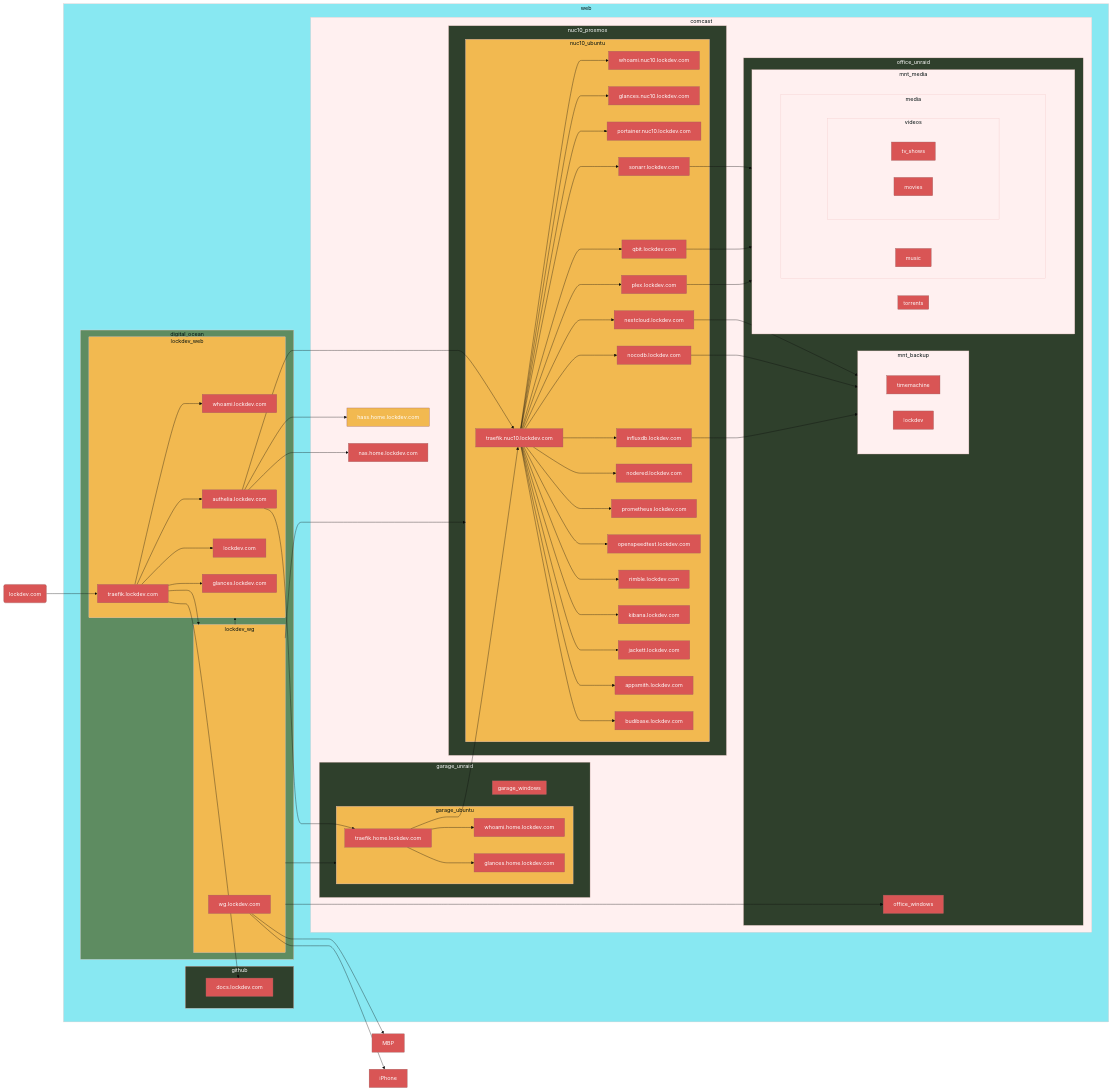
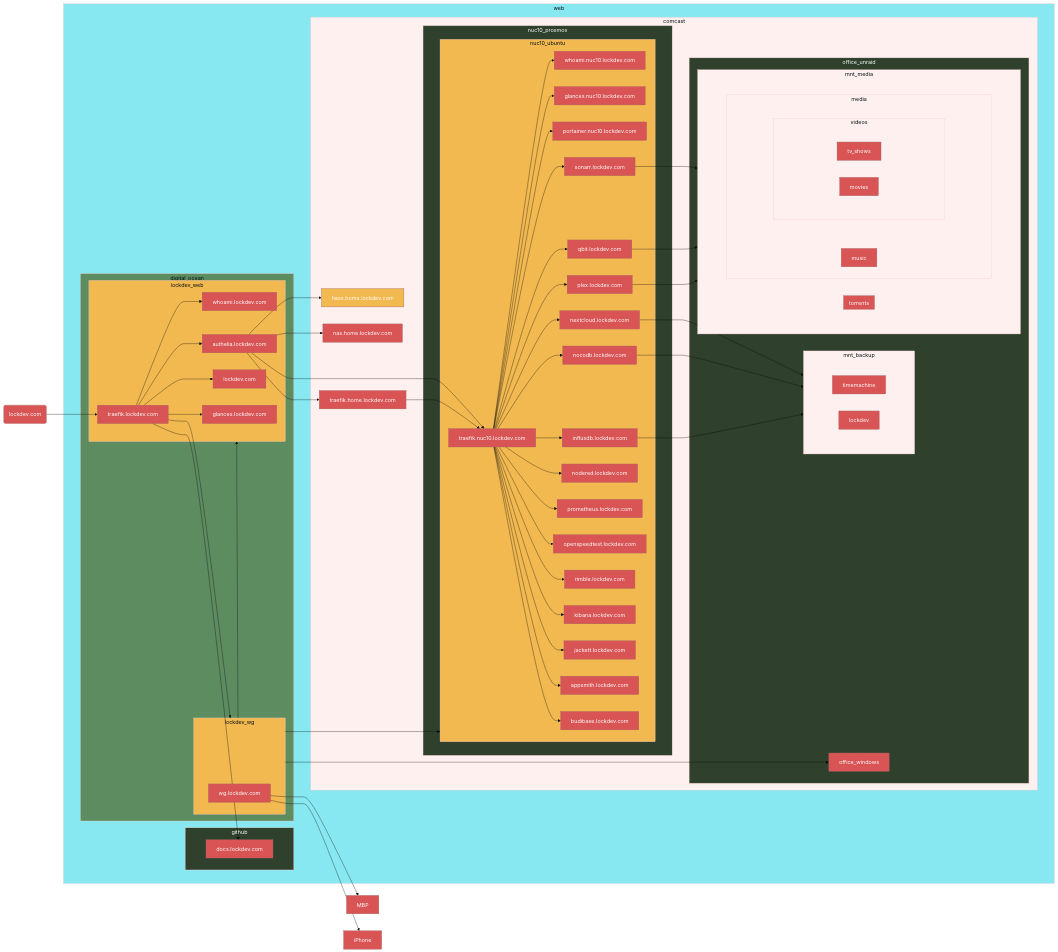
The diagram in docs/intro.md (MikeLockz/lockdev-docs), drawn with Mermaid before and after one commit. The commit also changed 4 other files, not shown here.

Commit message:
Remove garage unraid. Add new doc

````diff
--- a/docs/intro.md
+++ b/docs/intro.md
@@ -35,18 +35,7 @@
           traefik.lockdev.com --> lockdev_wg
       end
       subgraph comcast        
-          subgraph garage_unraid
-            subgraph garage_unraid_pad [ ]
-              subgraph garage_ubuntu
-                traefik.home.lockdev.com --> whoami.home.lockdev.com
-                
-                traefik.home.lockdev.com --> glances.home.lockdev.com
-              end
-              
-              subgraph garage_windows
-              end
-            end
-          end
+          
           authelia.lockdev.com --> hass.home.lockdev.com
           authelia.lockdev.com --> nas.home.lockdev.com
           authelia.lockdev.com --> traefik.home.lockdev.com
@@ -127,7 +116,6 @@
 
   
   lockdev_wg --> lockdev_web
-  lockdev_wg --> garage_ubuntu
   lockdev_wg --> nuc10_ubuntu
   lockdev_wg --> office_windows
 
@@ -162,8 +150,8 @@
   %% Assigning styles to nodes
     class web Blue;
     class digital_ocean,comcast Green;
-    class github,garage_unraid,nuc10_proxmox,office_unraid Dark_green;
-    class lockdev_web,lockdev_wg,garage_ubuntu,nuc10_ubuntu,hass.home.lockdev.com Yellow;
+    class github,nuc10_proxmox,office_unraid Dark_green;
+    class lockdev_web,lockdev_wg,nuc10_ubuntu,hass.home.lockdev.com Yellow;
     class A Red;
-    class web_pad,garage_unraid_pad,nuc10_proxmox_pad,mnt_backup_pad,mnt_media_pad,media_pad,videos_pad Padding;
+    class web_pad,nuc10_proxmox_pad,mnt_backup_pad,mnt_media_pad,media_pad,videos_pad Padding;
 ```
````
